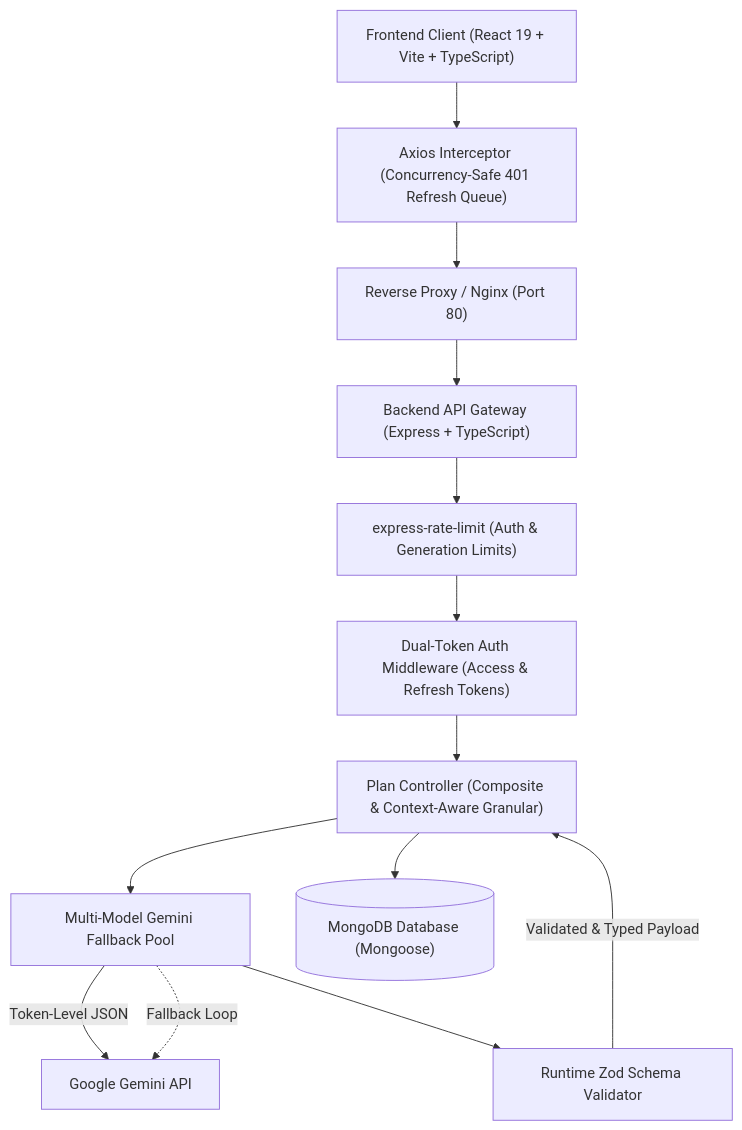
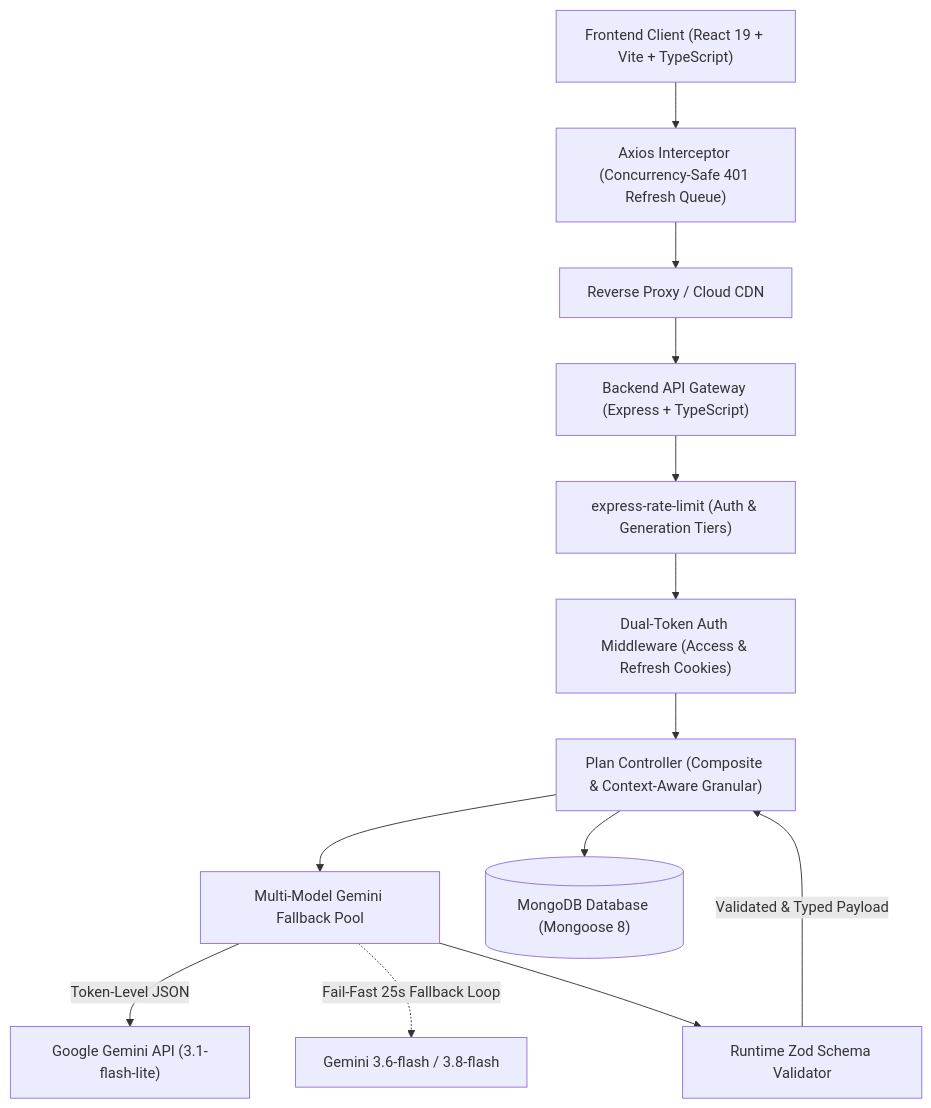
The diagram in README.md (Vanshjaiswal-Dev/AI-product-manager), drawn with Mermaid before and after one commit. The commit also changed other lines of this file, not shown here.

````diff
--- a/README.md
+++ b/README.md
@@ -26,26 +46,26 @@
 ```mermaid
 graph TD
     Client["Frontend Client (React 19 + Vite + TypeScript)"]
     AxiosInt["Axios Interceptor (Concurrency-Safe 401 Refresh Queue)"]
-    Proxy["Reverse Proxy / Nginx (Port 80)"]
+    Proxy["Reverse Proxy / Cloud CDN"]
     Server["Backend API Gateway (Express + TypeScript)"]
-    Limiter["express-rate-limit (Auth & Generation Limits)"]
-    AuthMid["Dual-Token Auth Middleware (Access & Refresh Tokens)"]
+    Limiter["express-rate-limit (Auth & Generation Tiers)"]
+    AuthMid["Dual-Token Auth Middleware (Access & Refresh Cookies)"]
     PlanCtrl["Plan Controller (Composite & Context-Aware Granular)"]
     GeminiHelper["Multi-Model Gemini Fallback Pool"]
     ZodVal["Runtime Zod Schema Validator"]
-    MongoDB[("MongoDB Database (Mongoose)")]
+    MongoDB[("MongoDB Database (Mongoose 8)")]
 
     Client --> AxiosInt
     AxiosInt --> Proxy
     Proxy --> Server
     Server --> Limiter
     Limiter --> AuthMid
     AuthMid --> PlanCtrl
     PlanCtrl --> GeminiHelper
-    GeminiHelper -->|Token-Level JSON| GeminiAPI["Google Gemini API"]
-    GeminiHelper -.->|Fallback Loop| GeminiAPI
+    GeminiHelper -->|Token-Level JSON| GeminiAPI["Google Gemini API (3.1-flash-lite)"]
+    GeminiHelper -.->|Fail-Fast 25s Fallback Loop| FallbackAPI["Gemini 3.6-flash / 3.8-flash"]
     GeminiHelper --> ZodVal
     ZodVal -->|Validated & Typed Payload| PlanCtrl
     PlanCtrl --> MongoDB
 ```
````
